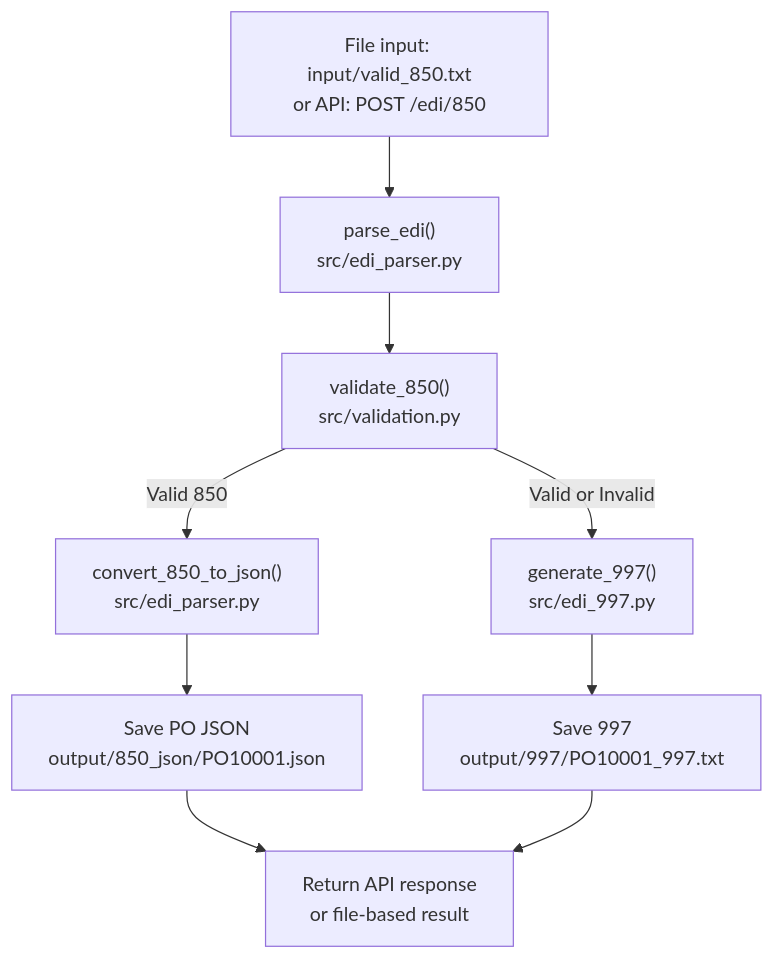
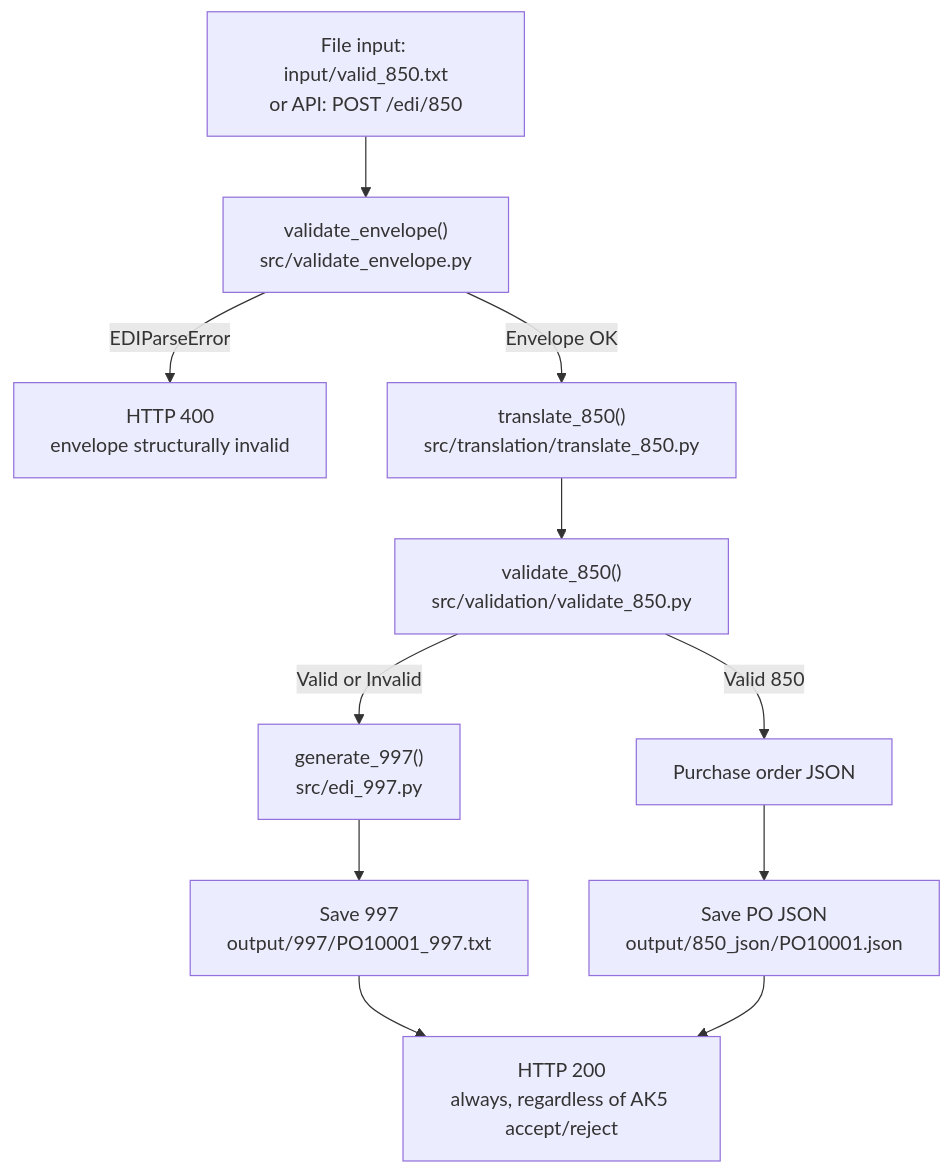
The first of 2 diagrams in README.md (alowinarp/edi-integration-pipeline), drawn with Mermaid before and after one commit. The commit also changed other lines of this file, not shown here.

Commit message:
docs: add validate_envelope layer to README

````diff
--- a/README.md
+++ b/README.md
@@ -25,11 +48,13 @@
 ```mermaid
 flowchart TD
-    A1["File input: input/valid_850.txt<br/>or API: POST /edi/850"] --> A2["parse_edi()<br/>src/edi_parser.py"]
-    A2 --> A3["validate_850()<br/>src/validation.py"]
-    A3 -->|Valid 850| A4["convert_850_to_json()<br/>src/edi_parser.py"]
-    A3 -->|Valid or Invalid| A5["generate_997()<br/>src/edi_997.py"]
-    A4 --> A6["Save PO JSON<br/>output/850_json/PO10001.json"]
+    A1["File input: input/valid_850.txt<br/>or API: POST /edi/850"] --> A2["validate_envelope()<br/>src/validate_envelope.py"]
+    A2 -->|EDIParseError| A2E["HTTP 400<br/>envelope structurally invalid"]
+    A2 -->|Envelope OK| A3["translate_850()<br/>src/translation/translate_850.py"]
+    A3 --> A4["validate_850()<br/>src/validation/validate_850.py"]
+    A4 -->|Valid or Invalid| A5["generate_997()<br/>src/edi_997.py"]
+    A4 -->|Valid 850| A6["Purchase order JSON"]
     A5 --> A7["Save 997<br/>output/997/PO10001_997.txt"]
-    A6 --> A8["Return API response<br/>or file-based result"]
-    A7 --> A8
+    A6 --> A8["Save PO JSON<br/>output/850_json/PO10001.json"]
+    A7 --> A9["HTTP 200<br/>always, regardless of AK5 accept/reject"]
+    A8 --> A9
 ```
````
